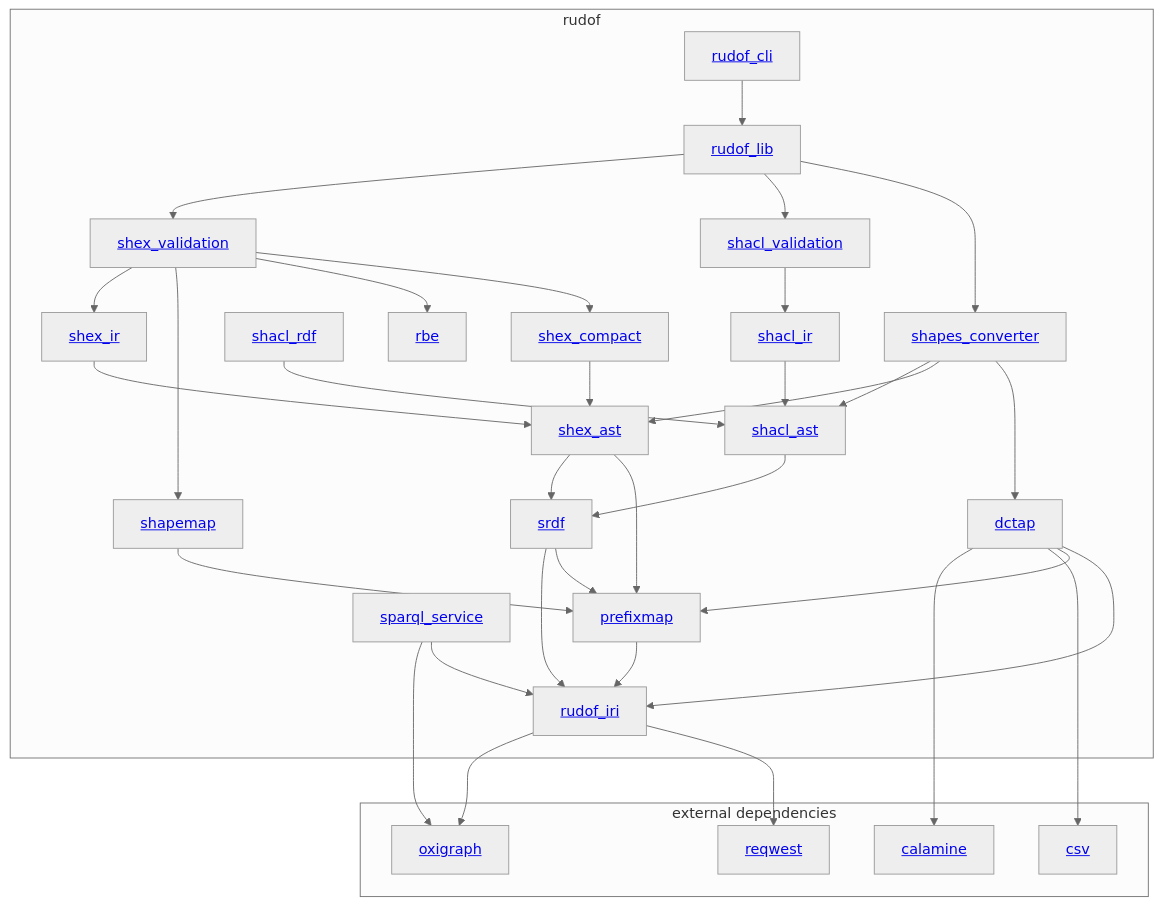
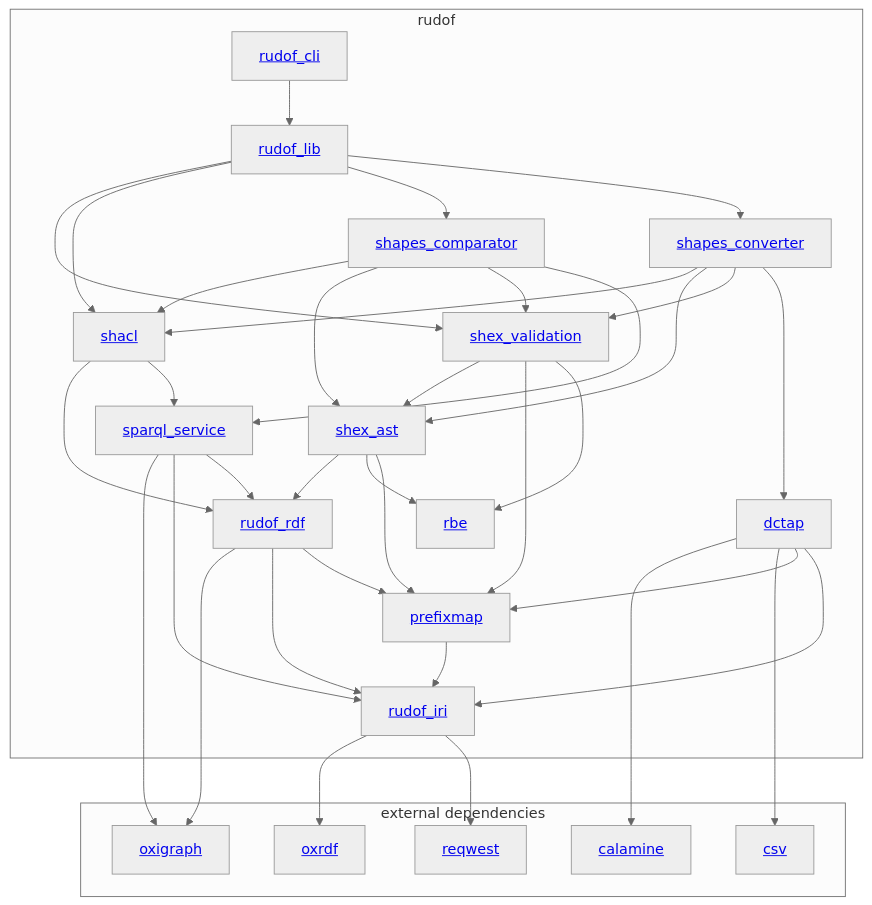
Before and after one commit to rudof-project/rudof: the diagram in docs/src/internals/architecture.md, drawn with Mermaid (neutral theme). The commit also changed 62 other files, not shown here.

````diff
--- a/docs/src/internals/architecture.md
+++ b/docs/src/internals/architecture.md
@@ -5,61 +5,60 @@
 ```mermaid
 graph TD;
- rudof_iri --> oxigraph;
+ rudof_iri --> oxrdf;
  rudof_iri --> reqwest ;
  dctap --> calamine ;
  dctap --> csv ;
  sparql_service --> oxigraph ;
+ rudof_rdf --> oxigraph ;
 subgraph rudof
     rudof_lib[<a href='https://crates.io/crates/rudof_lib'>rudof_lib</a>];
     rudof_cli[<a href='https://crates.io/crates/rudof_cli'>rudof_cli</a>];
     shex_ast[<a href='https://crates.io/crates/shex_ast'>shex_ast</a>];
-    srdf[<a href='https://crates.io/crates/srdf'>srdf</a>];
-    shex_compact[<a href='https://crates.io/crates/shex_compact'>shex_compact</a>];
-    shex_ir[<a href='https://crates.io/crates/shex_ir'>shex_ir</a>];
+    rudof_rdf[<a href='https://crates.io/crates/rudof_rdf'>rudof_rdf</a>];
     shex_validation[<a href='https://crates.io/crates/shex_validation'>shex_validation</a>];
-    shacl_validation[<a href='https://crates.io/crates/shacl_validation'>shacl_validation</a>];
-    shacl_ast[<a href='https://crates.io/crates/shacl_ast'>shacl_ast</a>];
-    shacl_rdf[<a href='https://crates.io/crates/shacl_rdf'>shacl_rdf</a>];
-    shacl_ir[<a href='https://crates.io/crates/shacl_ir'>shacl_ir</a>];
+    shacl[<a href='https://crates.io/crates/shacl'>shacl</a>];
+    shapes_comparator[<a href='https://crates.io/crates/shapes_comparator'>shapes_comparator</a>];
     rudof_iri[<a href='https://crates.io/crates/rudof_iri'>rudof_iri</a>];
     prefixmap[<a href='https://crates.io/crates/prefixmap'>prefixmap</a>];
-    shapemap[<a href='https://crates.io/crates/shapemap'>shapemap</a>];
     rbe[<a href='https://crates.io/crates/rbe'>rbe</a>];
     shapes_converter[<a href='https://crates.io/crates/shapes_converter'>shapes_converter</a>];
  dctap[<a href='https://crates.io/crates/dctap'>dctap</a>];
  sparql_service[<a href='https://crates.io/crates/sparql_service'>sparql_service</a>];
 
  rudof_cli --> rudof_lib ;
- shex_ast --> srdf ;
- shex_compact-->shex_ast;
- shex_ir-->shex_ast;
- shex_validation-->shex_ir;
- srdf-->rudof_iri;
- shacl_ast-->srdf;
- shacl_rdf-->shacl_ast;
- shacl_ir-->shacl_ast;
- shacl_validation-->shacl_ir;
- shex_validation-->shapemap;
- shapemap-->prefixmap;
+ shex_ast --> rudof_rdf ;
+ shex_ast --> rbe;
+ shex_validation-->shex_ast;
+ rudof_rdf-->rudof_iri;
+ shacl-->rudof_rdf;
+ shacl-->sparql_service;
+ shex_validation-->prefixmap;
  shex_ast-->prefixmap;
- srdf-->prefixmap;
+ rudof_rdf-->prefixmap;
  shex_validation-->rbe;
  dctap-->prefixmap;
  dctap --> rudof_iri;
- shapes_converter-->shacl_ast;
+ shapes_comparator-->shacl;
+ shapes_comparator-->shex_ast;
+ shapes_comparator-->shex_validation;
+ shapes_comparator-->sparql_service;
+ shapes_converter-->shacl;
  shapes_converter-->shex_ast;
+ shapes_converter-->shex_validation;
  shapes_converter-->dctap;
  prefixmap --> rudof_iri ;
- shex_validation --> shex_compact
  sparql_service --> rudof_iri ;
+ sparql_service --> rudof_rdf ;
  rudof_lib --> shex_validation ;
- rudof_lib --> shacl_validation ;
+ rudof_lib --> shacl ;
+ rudof_lib --> shapes_comparator ;
  rudof_lib --> shapes_converter ;
 end
 subgraph external dependencies
  oxigraph[<a href='https://crates.io/crates/oxigraph'>oxigraph</a>] ;
+ oxrdf[<a href='https://crates.io/crates/oxrdf'>oxrdf</a>] ;
  calamine[<a href='https://docs.rs/calamine/latest/calamine/'>calamine</a>] ;
  reqwest[<a href='https://docs.rs/reqwest/latest/reqwest/'>reqwest</a>] ;
  csv[<a href='https://docs.rs/csv/latest/csv/'>csv</a>]
 end
 ```
````
